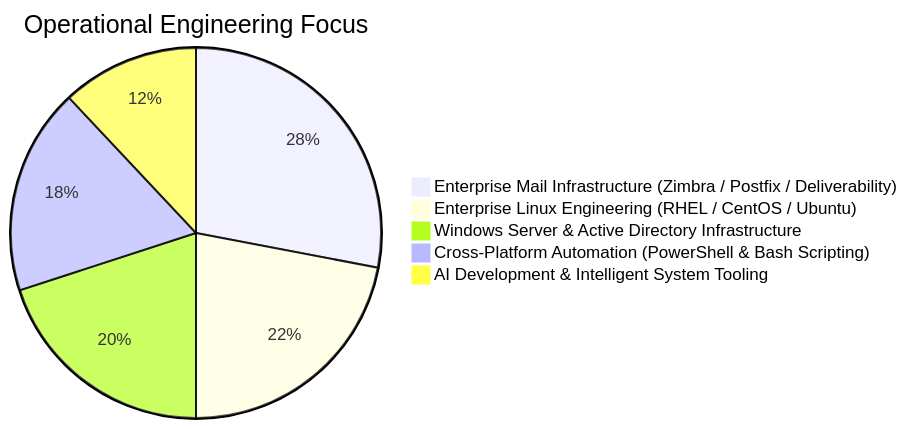
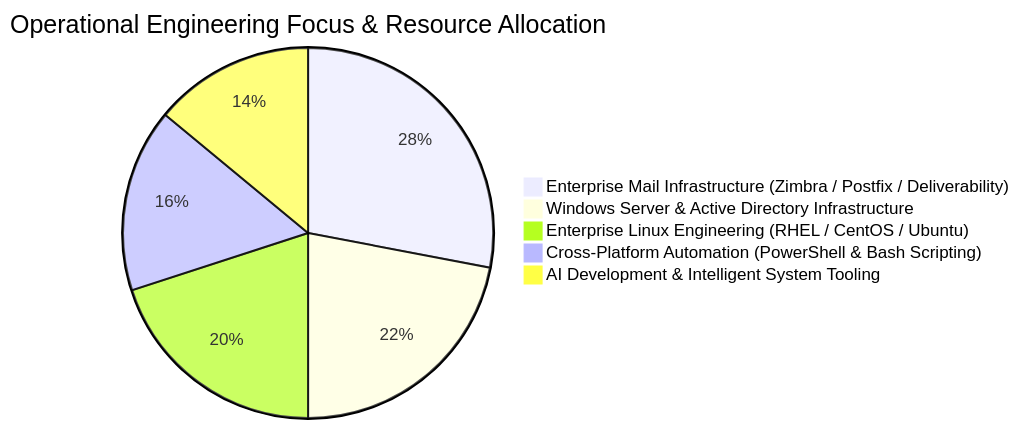
The second of 2 diagrams in README.md (0xAndyNew/0xAndyNew), drawn with Mermaid before and after one commit. The commit also changed other lines of this file, not shown here.

````diff
--- a/README.md
+++ b/README.md
@@ -111,8 +189,8 @@
 ```mermaid
-pie title Operational Engineering Focus
+pie title Operational Engineering Focus & Resource Allocation
     "Enterprise Mail Infrastructure (Zimbra / Postfix / Deliverability)" : 28
-    "Enterprise Linux Engineering (RHEL / CentOS / Ubuntu)" : 22
-    "Windows Server & Active Directory Infrastructure" : 20
-    "Cross-Platform Automation (PowerShell & Bash Scripting)" : 18
-    "AI Development & Intelligent System Tooling" : 12
+    "Windows Server & Active Directory Infrastructure" : 22
+    "Enterprise Linux Engineering (RHEL / CentOS / Ubuntu)" : 20
+    "Cross-Platform Automation (PowerShell & Bash Scripting)" : 16
+    "AI Development & Intelligent System Tooling" : 14
 ```
````
